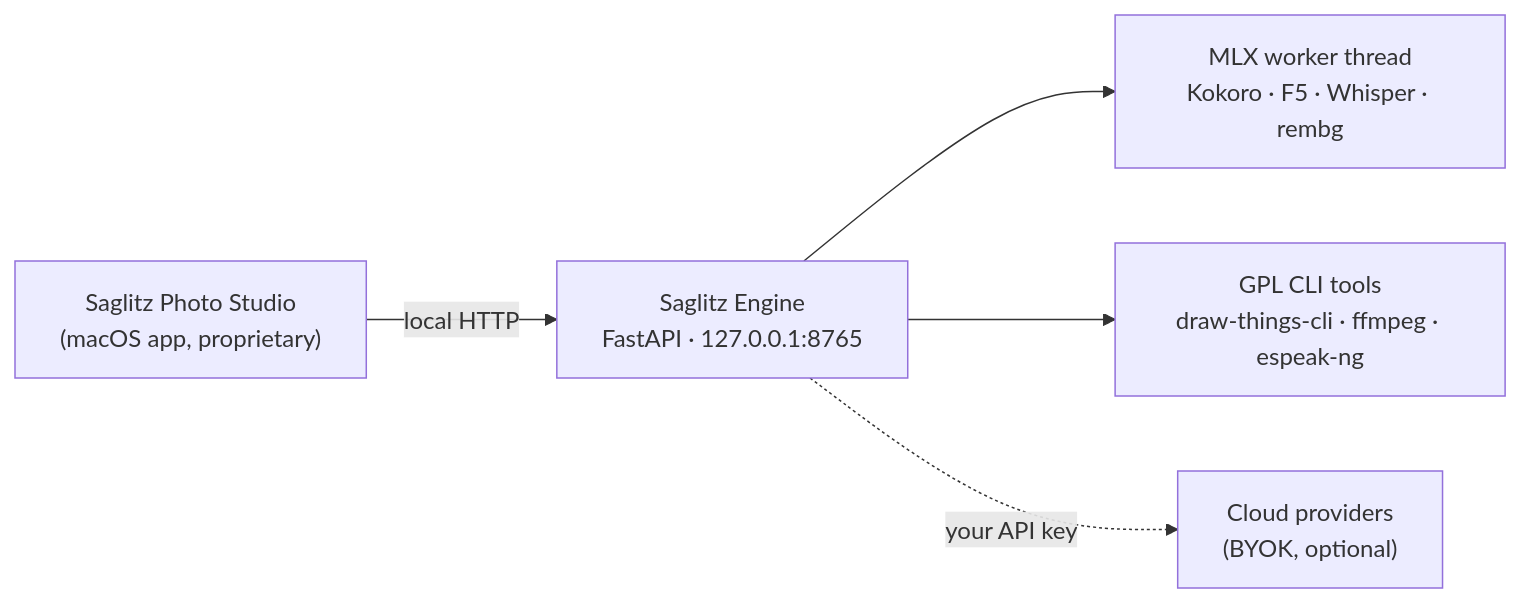
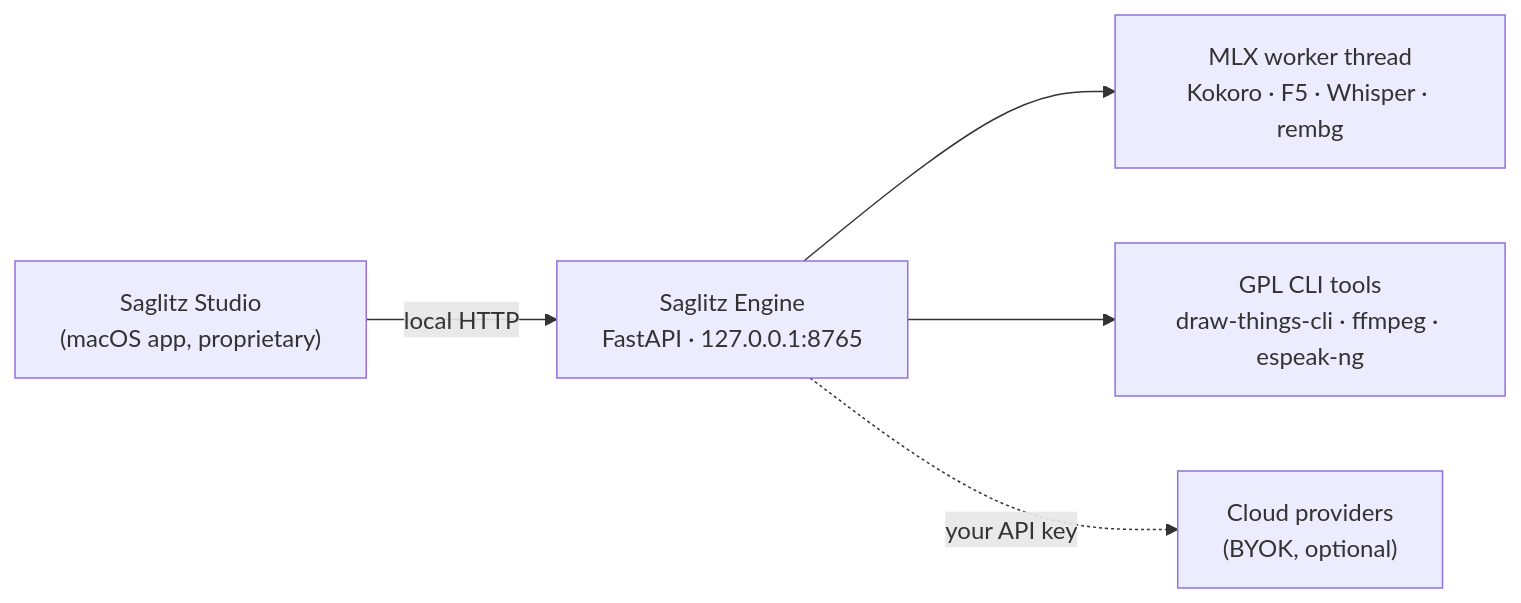
Before and after one commit to HalidSaglam/saglitz-engine: the diagram in README.md, drawn with Mermaid. The commit also changed other lines of this file and 3 other files, not shown here.

First line of the commit message:
rename app to "Saglitz Studio"

````diff
--- a/README.md
+++ b/README.md
@@ -70,13 +70,13 @@
 ```mermaid
 flowchart LR
-    App["Saglitz Photo Studio<br/>(macOS app, proprietary)"]
+    App["Saglitz Studio<br/>(macOS app, proprietary)"]
     Engine["Saglitz Engine<br/>FastAPI · 127.0.0.1:8765"]
     MLX["MLX worker thread<br/>Kokoro · F5 · Whisper · rembg"]
     CLI["GPL CLI tools<br/>draw-things-cli · ffmpeg · espeak-ng"]
     Cloud["Cloud providers<br/>(BYOK, optional)"]
 
     App -- local HTTP --> Engine
     Engine --> MLX
     Engine --> CLI
     Engine -. your API key .-> Cloud
 ```
````
